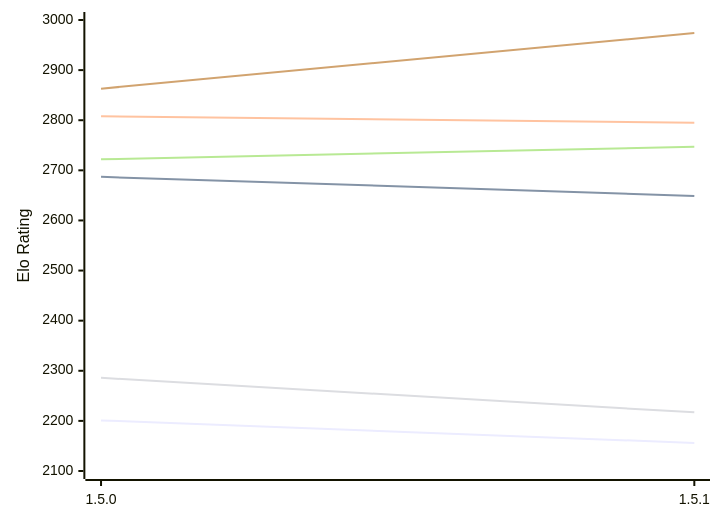
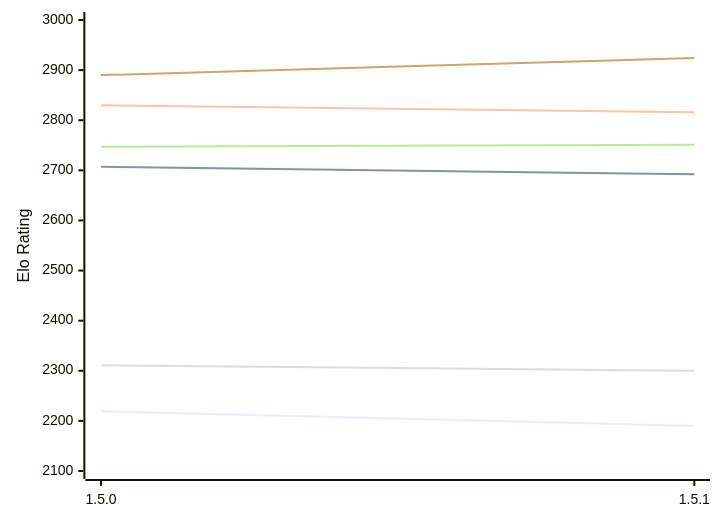
The first of 2 diagrams in engines/Coco.md (computer-chess-index/cci), drawn with Mermaid before and after one commit. The commit also changed other lines of this file, not shown here.

Commit message:
Update CCI Ratings (ELO VLTC) - 2026-10-20

````diff
--- a/engines/Coco.md
+++ b/engines/Coco.md
@@ -50,12 +50,12 @@
 ```mermaid
 %%{init: {"theme":"base","themeVariables":{"seriesColors:['#a3a3a3','#222221','#faa371']}}}%%
 xychart-beta
   x-axis ["1.5.0", "1.5.1"]
   y-axis "Elo Rating" 2100 --> 3000
-  line "E1: STC (8.0+0.08s)" [2201, 2156]
-  line "E1: LTC (60.0+0.60s)" [2687, 2649]
-  line "E1: VLTC (2m24s+1.12s)" [2808, 2795]
-  line "P1: STC (8.0+0.08s)" [2286, 2217]
-  line "P1: LTC (60.0+0.60s)" [2722, 2747]
-  line "P1: VLTC (2m24s+1.12s)" [2863, 2974]
+  line "E1: STC (8.0+0.08s)" [2219, 2190]
+  line "E1: LTC (60.0+0.60s)" [2707, 2692]
+  line "E1: VLTC (2m24s+1.12s)" [2830, 2816]
+  line "P1: STC (8.0+0.08s)" [2311, 2300]
+  line "P1: LTC (60.0+0.60s)" [2747, 2751]
+  line "P1: VLTC (2m24s+1.12s)" [2890, 2924]
 ```
````
